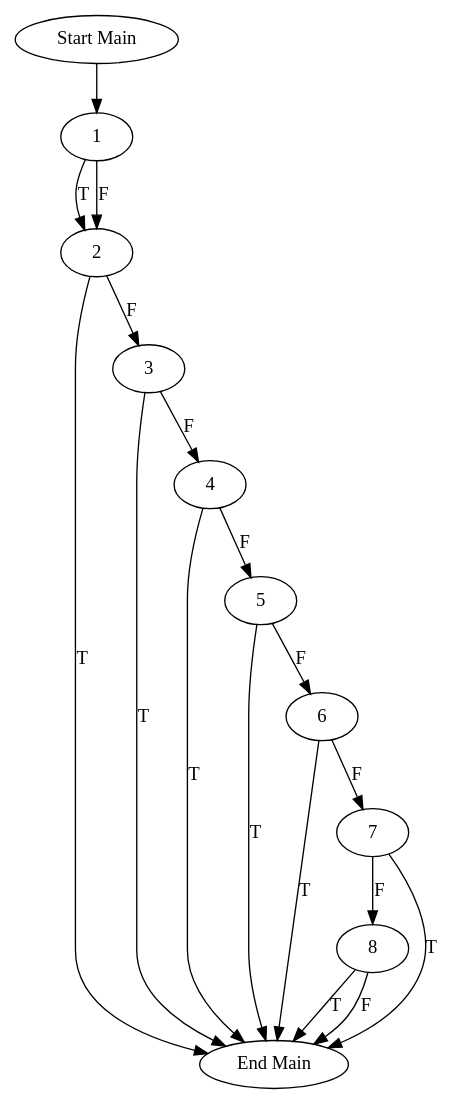
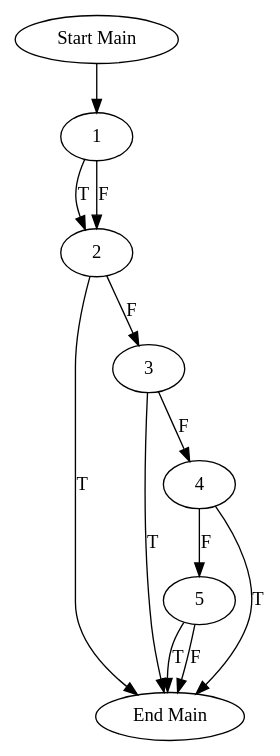
Before and after one commit to echancrure/Sikraken: the diagram in Parser/input2.dot, drawn with Graphviz. The commit also changed 7 other files, not shown here.

Commit message:
graphViz struggling with converting large files into png format. Tried different engines eg: neato, fdp, sfdp but not satisfying results.

```diff
--- a/Parser/input2.dot
+++ b/Parser/input2.dot
@@ -1,21 +1,15 @@
 digraph CFG {
 subgraph Main{
 "Start Main" -> "1"	 
-"8" -> "End Main" [label = "T"];
-"8" -> "End Main" [label = "F"];
-"7" -> "End Main" [label = "T"];
-"7" -> "8" [label = "F"];
-"6" -> "End Main" [label = "T"];
-"6" -> "7" [label = "F"];
 "5" -> "End Main" [label = "T"];
-"5" -> "6" [label = "F"];
+"5" -> "End Main" [label = "F"];
 "4" -> "End Main" [label = "T"];
 "4" -> "5" [label = "F"];
 "3" -> "End Main" [label = "T"];
 "3" -> "4" [label = "F"];
 "2" -> "End Main" [label = "T"];
 "2" -> "3" [label = "F"];
 "1" -> "2" [label = "T"];
 "1" -> "2" [label = "F"];
 }
 }
```
